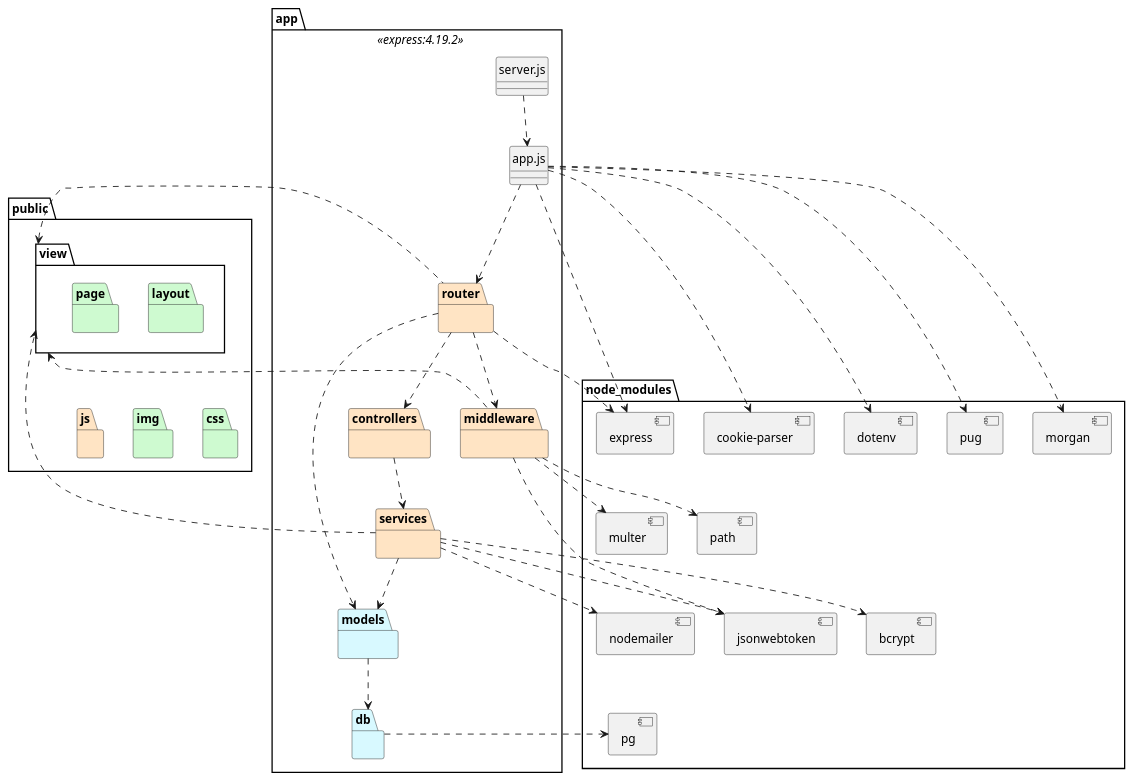
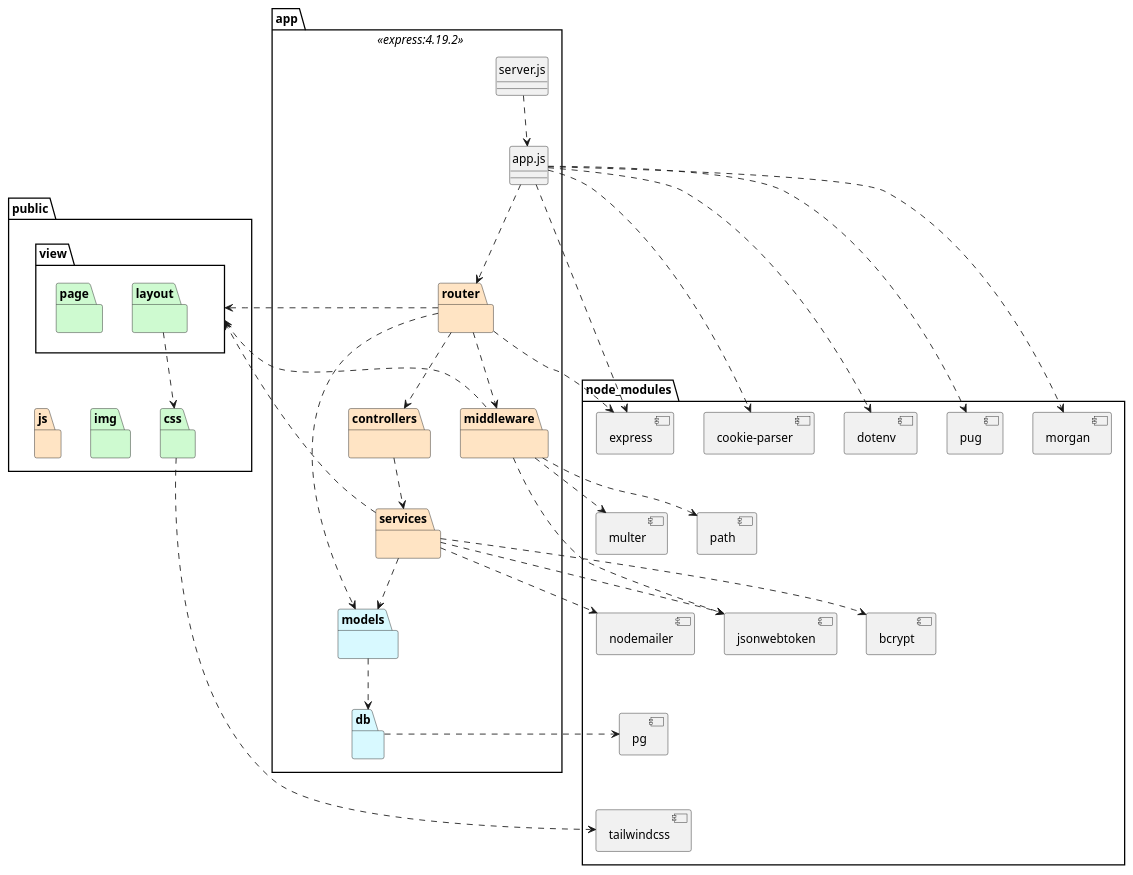
Before and after one commit to mpaulaherrero/tesis-frameworks-backend-diagrams: the diagram in logicalView/designView/express/packageDesign/designPackageDiagram.plantuml, drawn with PlantUML.

Commit message:
tailwindcss en express

```diff
--- a/logicalView/designView/express/packageDesign/designPackageDiagram.plantuml
+++ b/logicalView/designView/express/packageDesign/designPackageDiagram.plantuml
@@ -1,90 +1,96 @@
 @startuml
 skinparam style strictuml
 allow_mixing
 
 package app <<express:4.19.2>>{
     class "server.js" as serverJS
     class "app.js" as appJS
     package router #bisque {}
     package middleware #bisque {}
     package controllers #bisque {}
     package models #d8f9ff {}
     package services #bisque {}
     package db #d8f9ff {}
 }
 
 package public {
     package css #cefad0 {}
     package img #cefad0 {}
     package js #bisque {}
     package view{
         package layout #cefad0 {}
         package page #cefad0 {}
     }
 }
 
 package node_modules{
     component express
     component multer
     component path
     component nodemailer
     component jsonwebtoken
     component bcrypt
     component morgan
     component [cookie-parser] as cookieParser
     component pg
     component dotenv
     component pug
+    component tailwindcss
 }
 
 serverJS .d.> appJS
 
 appJS .d.> router
 appJS .[hidden].> db
 appJS ..> morgan
 appJS ..> cookieParser
 appJS ..> express
 appJS ..> dotenv
 appJS ..> pug
 appJS .[hidden]left.> public.view
 
 router .left.> public.view
 router ..> express
 router ..> middleware
 router ..> controllers
 router ..> models
 
 middleware ..> multer
 middleware ..> path
 middleware ..> jsonwebtoken
 middleware .left.> public.view
 
 controllers ..> services
 
 services ..> models
 services ..> nodemailer
 services ..> jsonwebtoken
 services ..> bcrypt
 services ..> view
 
 models ..> db
 db .right.> pg
 
+layout .> css
+css .> tailwindcss
+
+'diseño
 view .[hidden]down.> css
 css .[hidden]left.> img
 img .[hidden]left.> js
 
 express .[hidden]left.> morgan
 morgan .[hidden]left.> cookieParser
 cookieParser .[hidden]left.> dotenv
 dotenv .[hidden]left.> pug
 
 express .[hidden]down.> path
 multer .[hidden]left.> path
 
 multer .[hidden]down.> bcrypt
 bcrypt .[hidden]left.> nodemailer
 nodemailer .[hidden]left.> jsonwebtoken
 
 nodemailer .[hidden]down.> pg
+pg .[hidden]down.> tailwindcss
 @enduml
```
